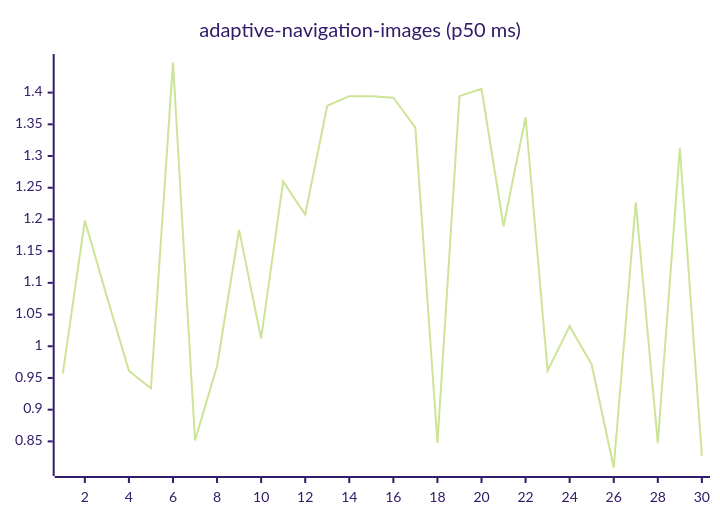
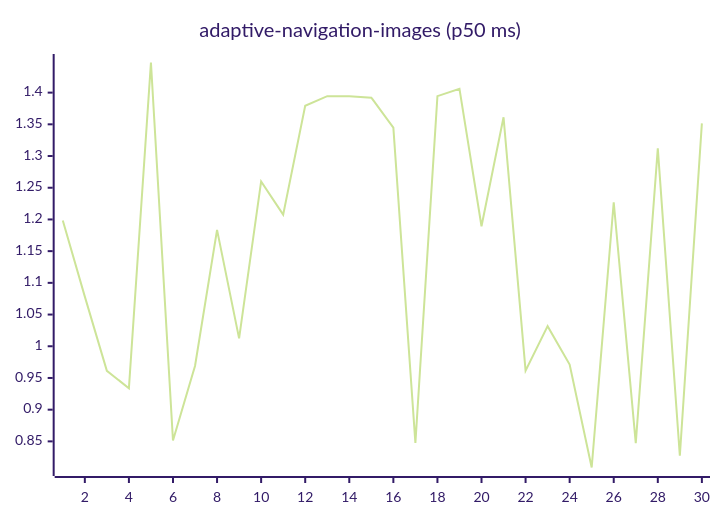
Before and after one commit to josha/Facet: the first of 27 diagrams in README.md, drawn with Mermaid (forest theme). The commit also changed other lines of this file and 2 other files, not shown here.

````diff
--- a/README.md
+++ b/README.md
@@ -63,6 +63,6 @@
 ```mermaid
 xychart-beta
     title "adaptive-navigation-images (p50 ms)"
     x-axis 1 --> 30
-    line [0.9567, 1.1983, 1.0783, 0.9612, 0.9339, 1.4475, 0.8514, 0.9690, 1.1835, 1.0125, 1.2600, 1.2076, 1.3793, 1.3944, 1.3942, 1.3921, 1.3447, 0.8475, 1.3944, 1.4060, 1.1893, 1.3612, 0.9615, 1.0317, 0.9711, 0.8088, 1.2271, 0.8473, 1.3121, 0.8274]
+    line [1.1983, 1.0783, 0.9612, 0.9339, 1.4475, 0.8514, 0.9690, 1.1835, 1.0125, 1.2600, 1.2076, 1.3793, 1.3944, 1.3942, 1.3921, 1.3447, 0.8475, 1.3944, 1.4060, 1.1893, 1.3612, 0.9615, 1.0317, 0.9711, 0.8088, 1.2271, 0.8473, 1.3121, 0.8274, 1.3515]
 ```
````
